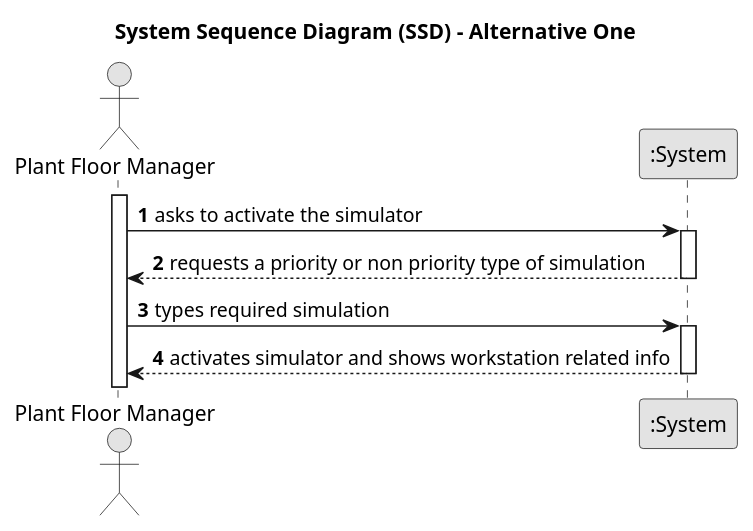
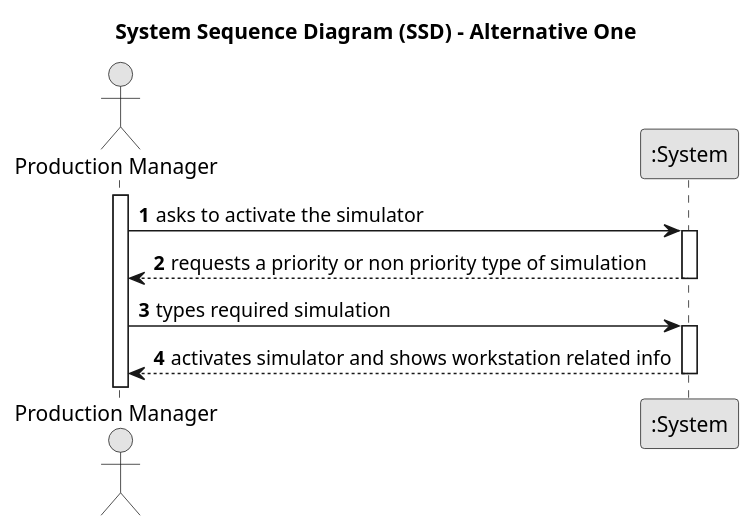
One commit to JorgeUbaldoR/sem3-25-pi-2024_25-G131 changed the diagram in documentation/sprint1/ESINF/usei05/01.requirements-engineering/puml/us005-system-sequence-diagram.puml. Above: the diagram before and after it, drawn with PlantUML. The commit also changed 20 other files, not shown here.

Commit message:
rename it from Plant Floor Manager to Production Manager

```diff
--- a/documentation/sprint1/ESINF/usei05/01.requirements-engineering/puml/us005-system-sequence-diagram.puml
+++ b/documentation/sprint1/ESINF/usei05/01.requirements-engineering/puml/us005-system-sequence-diagram.puml
@@ -1,29 +1,29 @@
 @startuml
 skinparam monochrome true
 skinparam packageStyle rectangle
 skinparam shadowing false
 
 title System Sequence Diagram (SSD) - Alternative One
 
 autonumber
 
-actor "Plant Floor Manager" as PFM
+actor "Production Manager" as PFM
 participant ":System" as System
 
 activate PFM
 
     PFM -> System : asks to activate the simulator
     activate System
 
         System --> PFM : requests a priority or non priority type of simulation
     deactivate System
 
     PFM -> System : types required simulation
     activate System
 
         System --> PFM : activates simulator and shows workstation related info
     deactivate System
 
 
 
 @enduml
```
